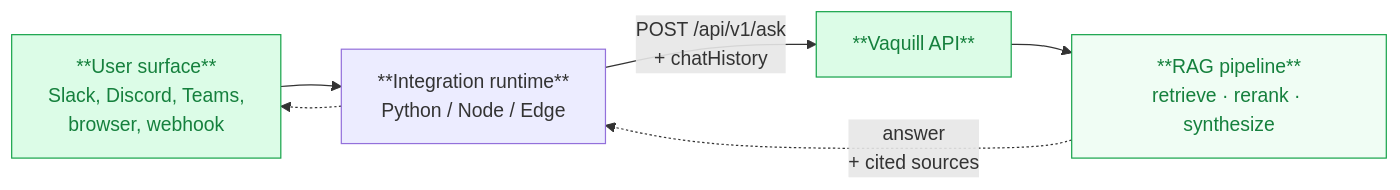
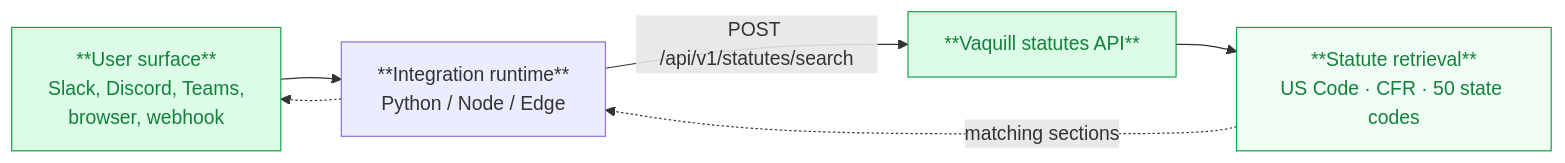
One commit to Vaquill-AI/vaquill-ai-docs changed the diagram in integrations/index.mdx. Above: the diagram before and after it, drawn with Mermaid. The commit also changed other lines of this file and 23 other files, not shown here.

First line of the commit message:
docs: statutes-only API/MCP, remove CourtListener/CanLII, canonical numbers

````diff
--- a/integrations/index.mdx
+++ b/integrations/index.mdx
@@ -54,12 +53,12 @@
 ```mermaid
 flowchart LR
     A["**User surface**<br/>Slack, Discord, Teams,<br/>browser, webhook"] --> B["**Integration runtime**<br/>Python / Node / Edge"]
-    B -->|"POST /api/v1/ask<br/>+ chatHistory"| C["**Vaquill API**"]
-    C --> D["**RAG pipeline**<br/>retrieve · rerank · synthesize"]
-    D -.->|"answer<br/>+ cited sources"| B
+    B -->|"POST /api/v1/statutes/search"| C["**Vaquill statutes API**"]
+    C --> D["**Statute retrieval**<br/>US Code · CFR · 50 state codes"]
+    D -.->|"matching sections"| B
     B -.-> A
 
     style A fill:#dcfce7,stroke:#16a34a,color:#15803d
     style C fill:#dcfce7,stroke:#16a34a,color:#15803d
     style D fill:#f0fdf4,stroke:#16a34a,color:#15803d
 ```
````
